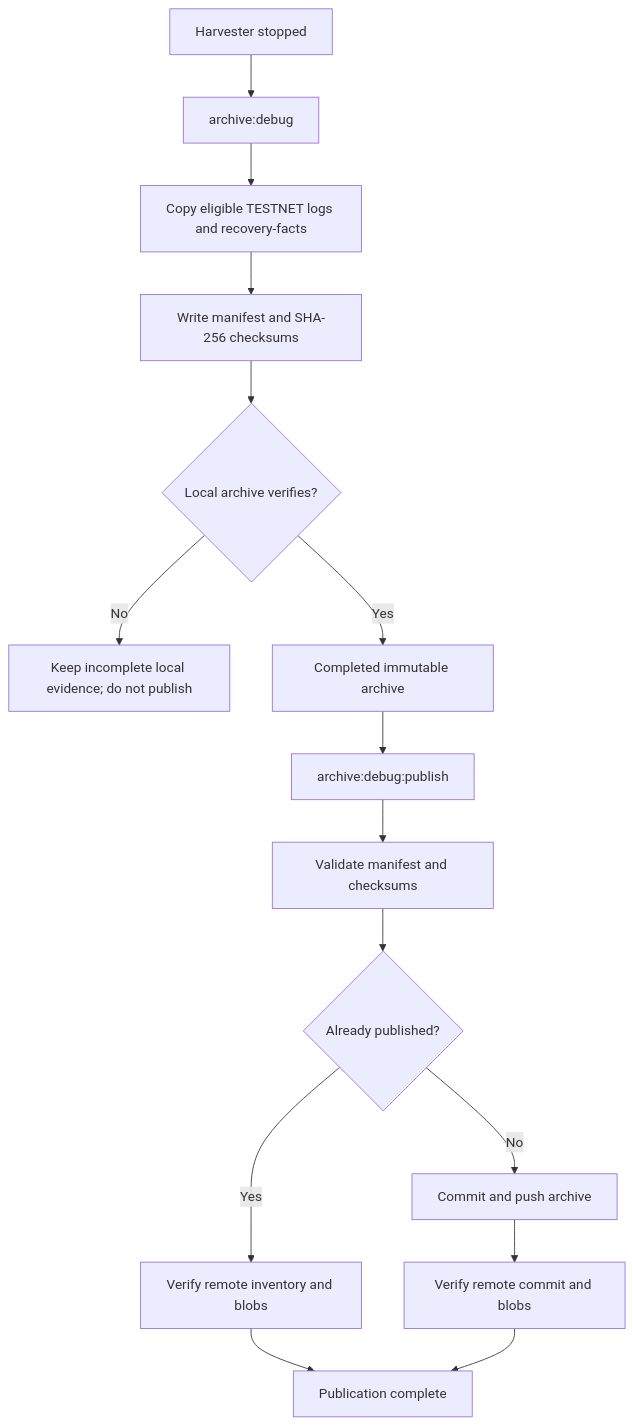
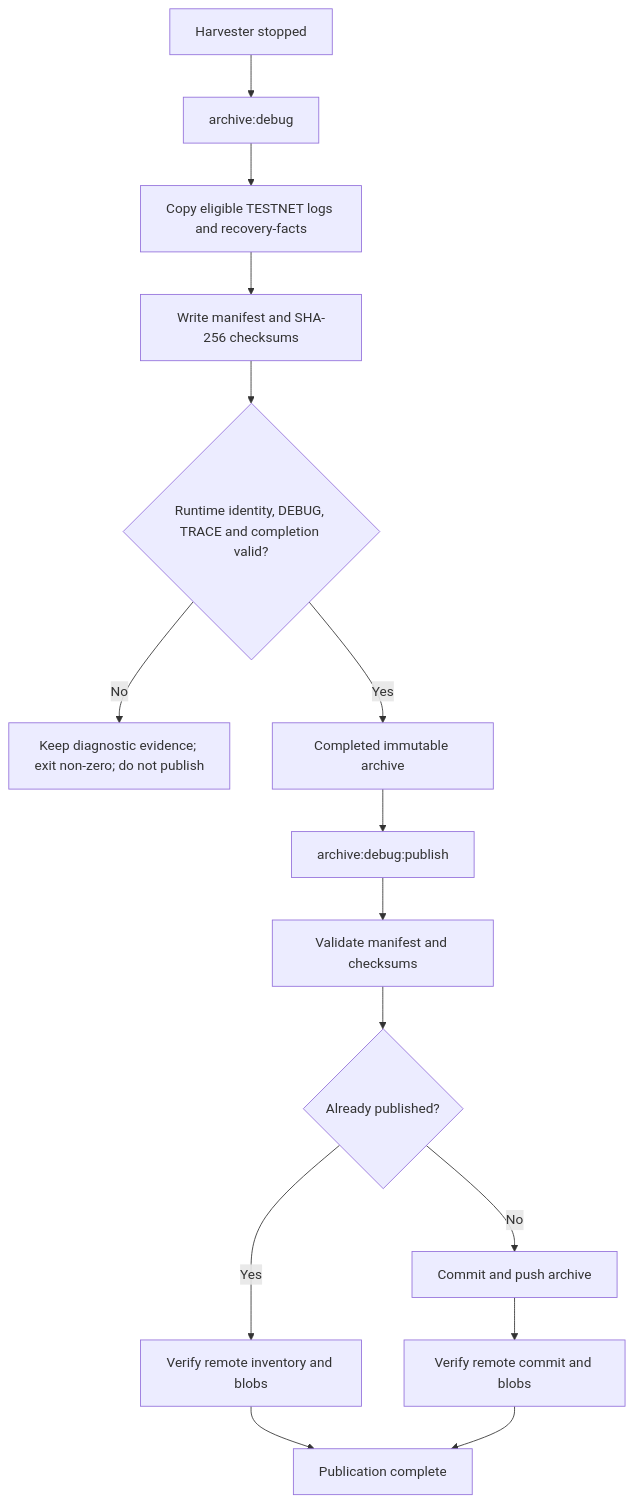
The diagram in apps/harvester/docs/operations/local-dev-reset-and-archive.md (45s/coinzilla), drawn with Mermaid before and after one commit.

Commit message:
docs(harvester): show runtime and stream integrity gate

````diff
--- a/apps/harvester/docs/operations/local-dev-reset-and-archive.md
+++ b/apps/harvester/docs/operations/local-dev-reset-and-archive.md
@@ -83,17 +83,17 @@
 ```mermaid
 flowchart TD
     A[Harvester stopped] --> B[archive:debug]
     B --> C[Copy eligible TESTNET logs and recovery-facts]
     C --> D[Write manifest and SHA-256 checksums]
-    D --> E{Local archive verifies?}
-    E -->|No| F[Keep incomplete local evidence; do not publish]
+    D --> E{Runtime identity, DEBUG, TRACE and completion valid?}
+    E -->|No| F[Keep diagnostic evidence; exit non-zero; do not publish]
     E -->|Yes| G[Completed immutable archive]
     G --> H[archive:debug:publish]
     H --> I[Validate manifest and checksums]
     I --> J{Already published?}
     J -->|Yes| K[Verify remote inventory and blobs]
     J -->|No| L[Commit and push archive]
     L --> M[Verify remote commit and blobs]
     K --> N[Publication complete]
     M --> N
 ```
````
